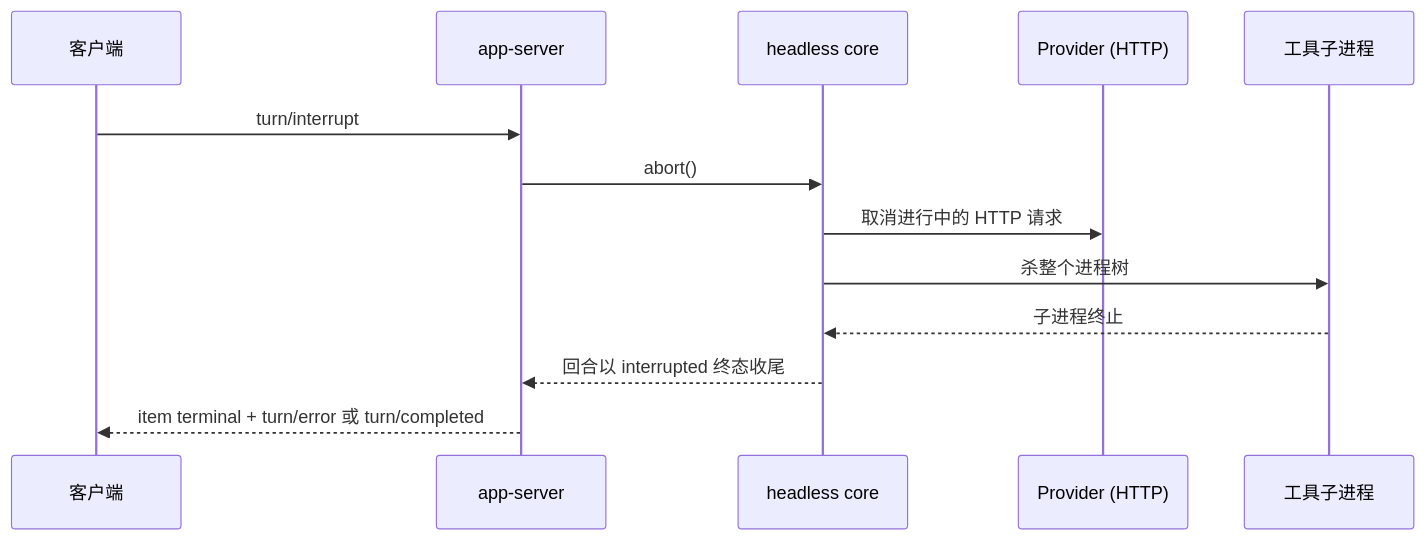
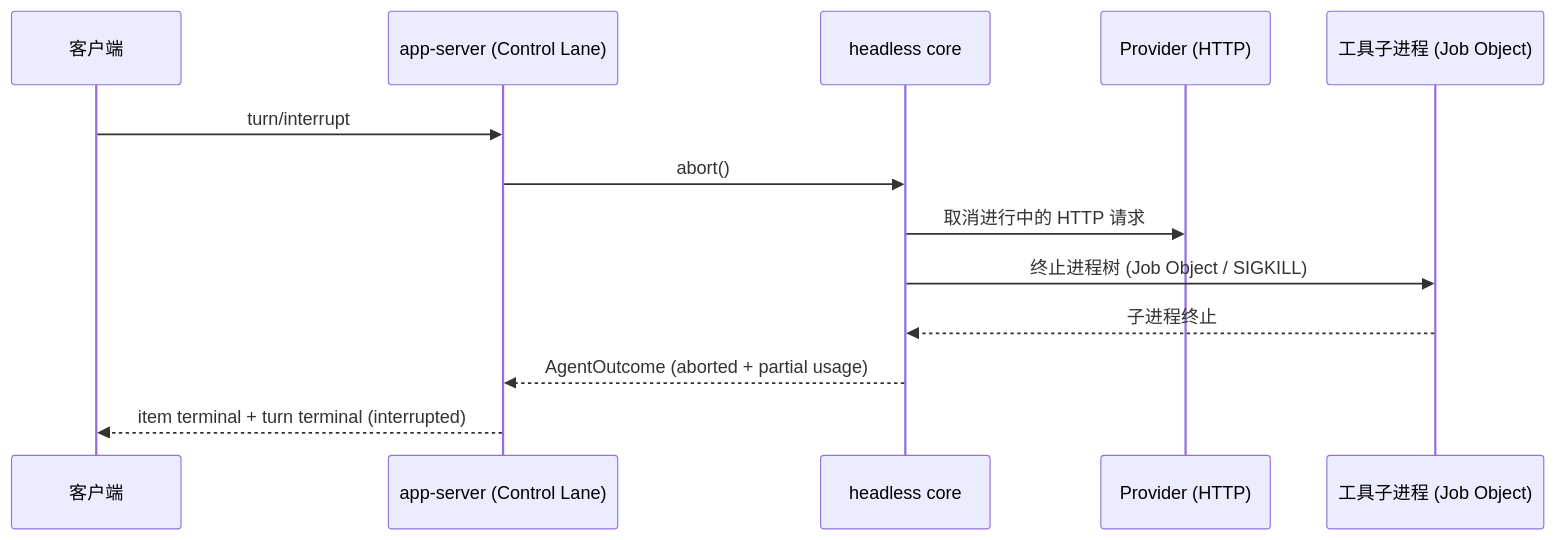
One commit to qjcnmd/singularity-agent changed the seventh of 7 diagrams in docs/singularity.md. Above: the diagram before and after it, drawn with Mermaid. The commit also changed other lines of this file, not shown here.

Commit message:
docs: synchronize single architecture truth document

````diff
--- a/docs/singularity.md
+++ b/docs/singularity.md
@@ -223,15 +244,15 @@
 ```mermaid
 sequenceDiagram
     participant U as 客户端
-    participant S as app-server
+    participant S as app-server (Control Lane)
     participant C as headless core
     participant P as Provider (HTTP)
-    participant T as 工具子进程
+    participant T as 工具子进程 (Job Object)
     U->>S: turn/interrupt
     S->>C: abort()
     C->>P: 取消进行中的 HTTP 请求
-    C->>T: 杀整个进程树
+    C->>T: 终止进程树 (Job Object / SIGKILL)
     T-->>C: 子进程终止
-    C-->>S: 回合以 interrupted 终态收尾
-    S-->>U: item terminal + turn/error 或 turn/completed
+    C-->>S: AgentOutcome (aborted + partial usage)
+    S-->>U: item terminal + turn terminal (interrupted)
 ```
````
